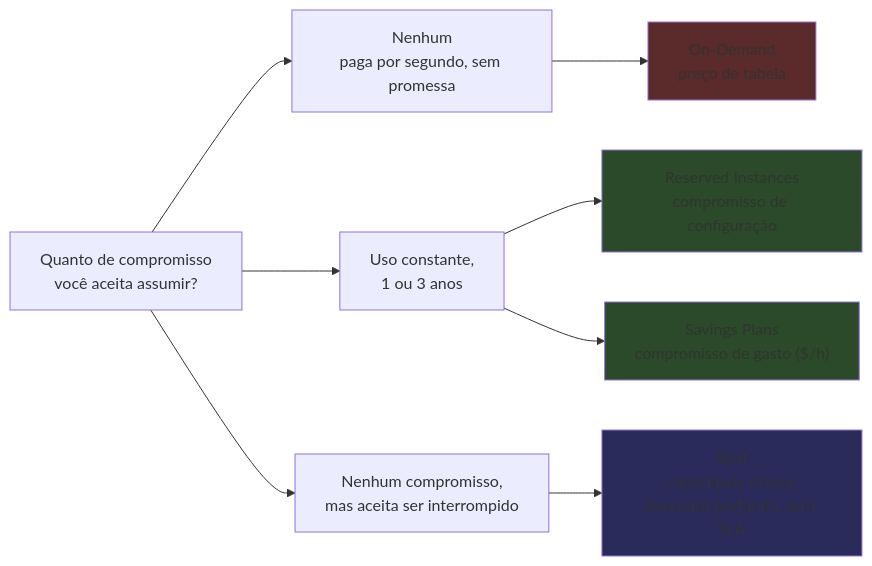
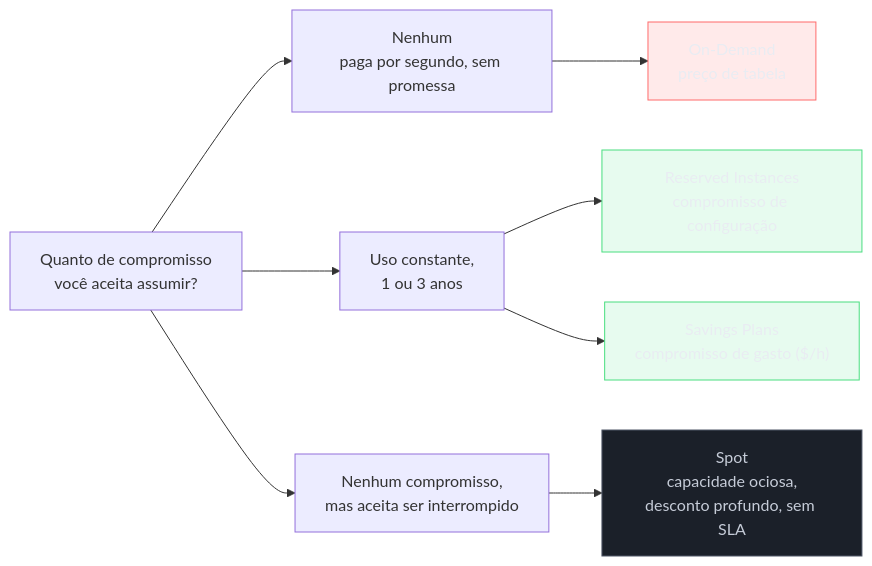
One commit to josenaldo/codex-technomanticus changed the first of 3 diagrams in 03-Dominios/Tecnologia/Cloud/05 - Compute I — máquinas virtuais/05 - Modelos de preço (on-demand, reserved, spot).md. Above: the diagram before and after it, drawn with Mermaid. The commit also changed 1181 other files, not shown here.

First line of the commit message:
fix(diagramas): paleta do sistema no lugar de cor cravada no markdown

````diff
--- a/03-Dominios/Tecnologia/Cloud/05 - Compute I — máquinas virtuais/05 - Modelos de preço (on-demand, reserved, spot).md
+++ b/03-Dominios/Tecnologia/Cloud/05 - Compute I — máquinas virtuais/05 - Modelos de preço (on-demand, reserved, spot).md
@@ -38,16 +38,19 @@
 ```mermaid
 flowchart LR
+    classDef falha fill:#FF6B6B24,stroke:#FF6B6B,color:#E9ECF2
+    classDef ok fill:#4ADE8021,stroke:#4ADE80,color:#E9ECF2
+    classDef neutro fill:#1B2029,stroke:#4E5666,color:#C6CCD8
     A["Quanto de compromisso<br/>você aceita assumir?"] --> B["Nenhum<br/>paga por segundo, sem promessa"]
     A --> C["Uso constante,<br/>1 ou 3 anos"]
     A --> D["Nenhum compromisso,<br/>mas aceita ser interrompido"]
 
     B --> B1["On-Demand<br/>preço de tabela"]
     C --> C1["Reserved Instances<br/>compromisso de configuração"]
     C --> C2["Savings Plans<br/>compromisso de gasto ($/h)"]
     D --> D1["Spot<br/>capacidade ociosa,<br/>desconto profundo, sem SLA"]
 
-    style B1 fill:#5b2a2a
-    style C1 fill:#2a4a2a
-    style C2 fill:#2a4a2a
-    style D1 fill:#2a2a5b
+    class B1 falha
+    class C1 ok
+    class C2 ok
+    class D1 neutro
 ```
````
